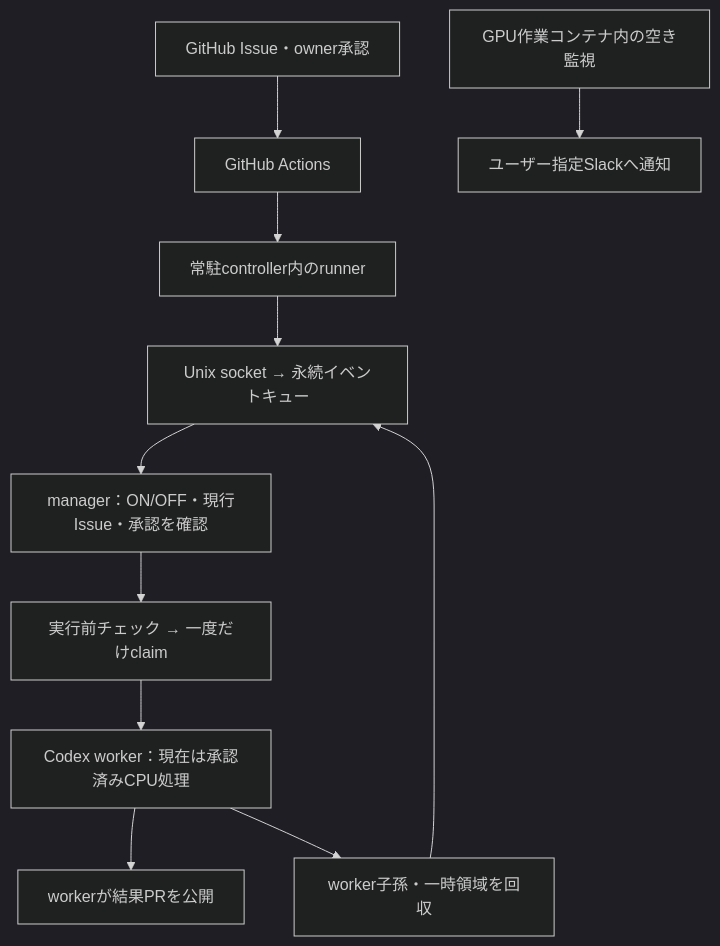
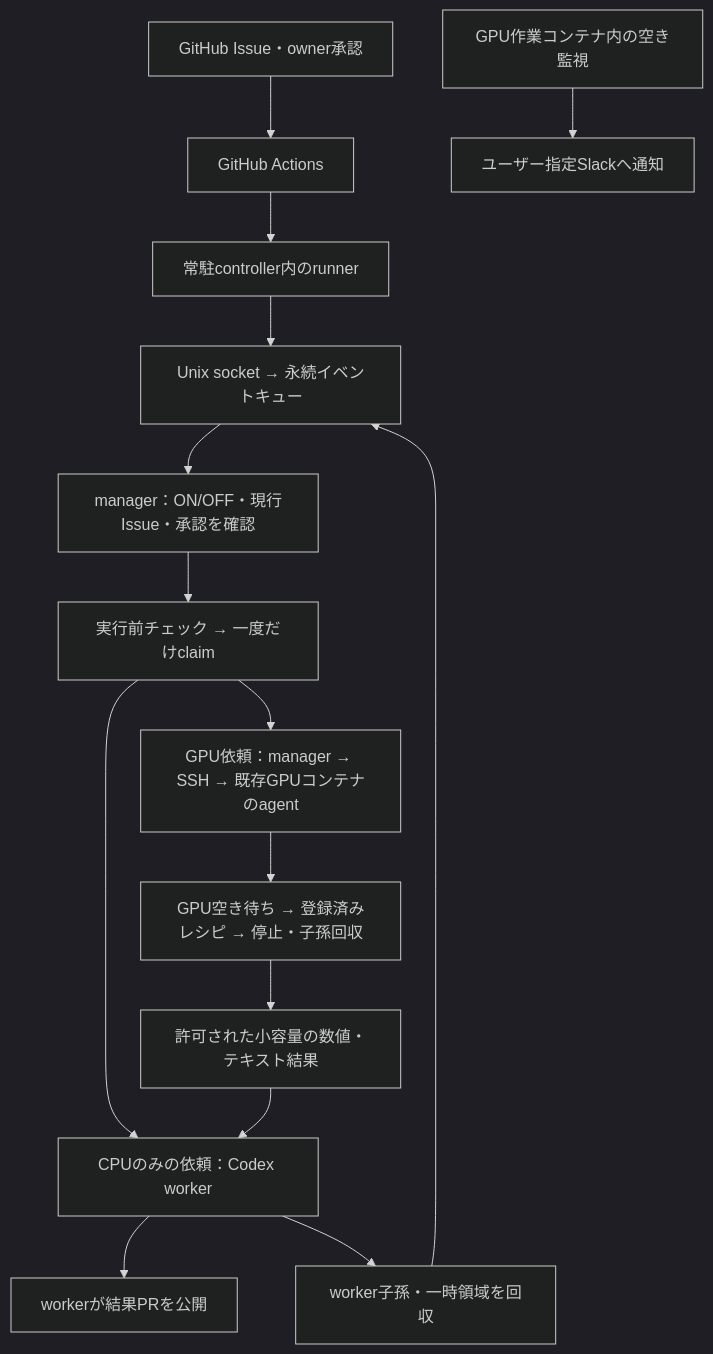
The diagram in docs/research_automation.md (ken2129/c3_neural_compression), drawn with Mermaid (dark theme) before and after one commit. The commit also changed other lines of this file and 25 other files, not shown here.

````diff
--- a/docs/research_automation.md
+++ b/docs/research_automation.md
@@ -53,13 +54,17 @@
 ```mermaid
 flowchart TD
     I["GitHub Issue・owner承認"] --> A["GitHub Actions"]
     A --> R["常駐controller内のrunner"]
     R --> Q["Unix socket → 永続イベントキュー"]
     Q --> M["manager：ON/OFF・現行Issue・承認を確認"]
     M --> P["実行前チェック → 一度だけclaim"]
-    P --> C["Codex worker：現在は承認済みCPU処理"]
+    P --> C["CPUのみの依頼：Codex worker"]
+    P --> E["GPU依頼：manager → SSH → 既存GPUコンテナのagent"]
+    E --> W["GPU空き待ち → 登録済みレシピ → 停止・子孫回収"]
+    W --> D["許可された小容量の数値・テキスト結果"]
+    D --> C
     C --> PR["workerが結果PRを公開"]
     C --> X["worker子孫・一時領域を回収"]
     X --> Q
     G["GPU作業コンテナ内の空き監視"] --> S["ユーザー指定Slackへ通知"]
 ```
````
